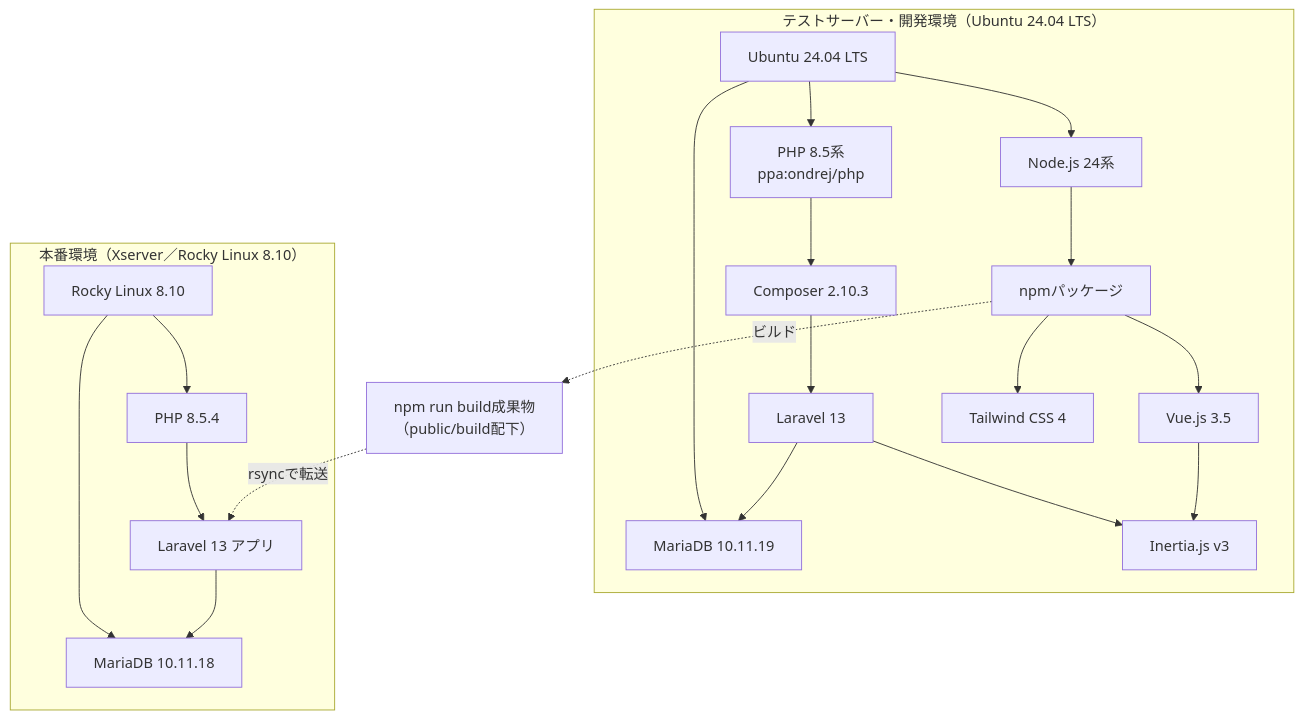
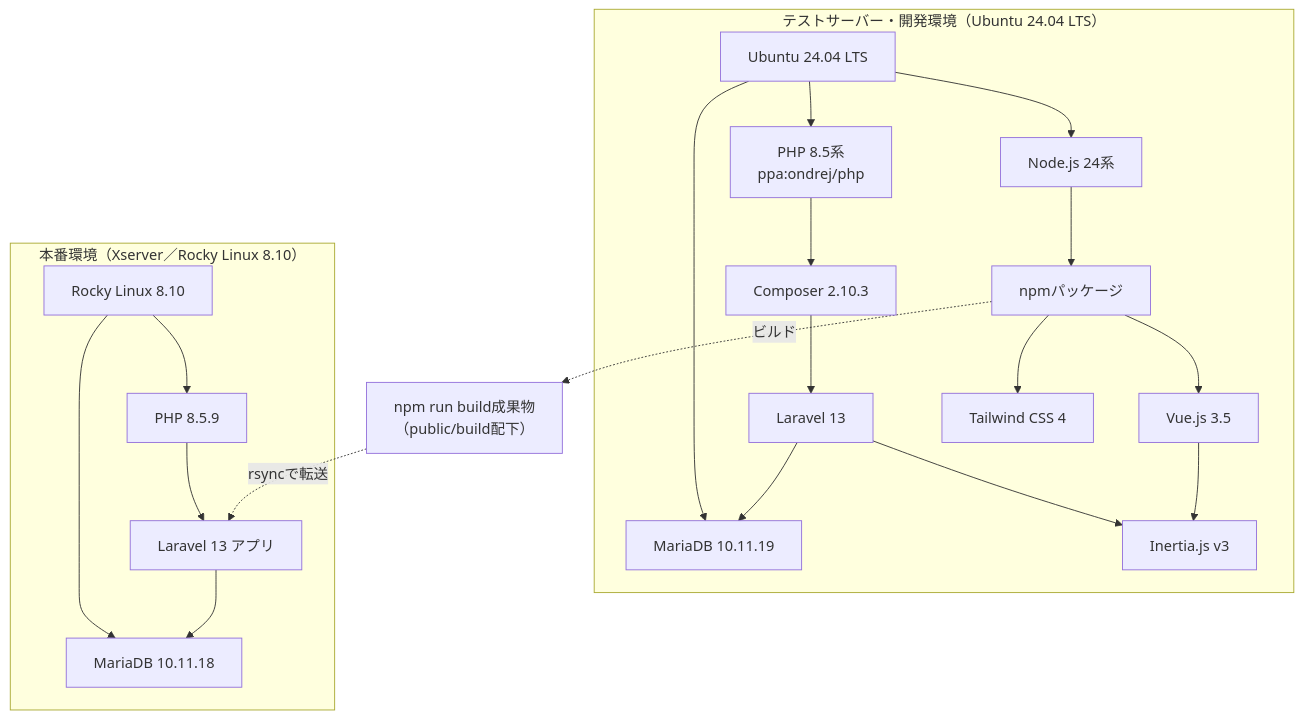
The diagram in docs/技術仕様書.md (pluslub/helpstation), drawn with Mermaid before and after one commit. The commit also changed other lines of this file and 2 other files, not shown here.

````diff
--- a/docs/技術仕様書.md
+++ b/docs/技術仕様書.md
@@ -23,27 +23,27 @@
 ```mermaid
 flowchart TB
     subgraph Dev["テストサーバー・開発環境（Ubuntu 24.04 LTS）"]
         OS1[Ubuntu 24.04 LTS] --> PHP1[PHP 8.5系<br>ppa:ondrej/php]
         OS1 --> Node1[Node.js 24系]
         OS1 --> DB1[MariaDB 10.11.19]
         PHP1 --> Composer[Composer 2.10.3]
         Composer --> Laravel1[Laravel 13]
         Node1 --> Npm[npmパッケージ]
         Npm --> Vue[Vue.js 3.5]
         Npm --> Tailwind[Tailwind CSS 4]
         Laravel1 --> Inertia[Inertia.js v3]
         Vue --> Inertia
         Laravel1 --> DB1
     end
 
     subgraph Prod["本番環境（Xserver／Rocky Linux 8.10）"]
-        OS2[Rocky Linux 8.10] --> PHP2[PHP 8.5.4]
+        OS2[Rocky Linux 8.10] --> PHP2[PHP 8.5.9]
         OS2 --> DB2[MariaDB 10.11.18]
         PHP2 --> Laravel2[Laravel 13 アプリ]
         Laravel2 --> DB2
     end
 
     Build[npm run build成果物<br>（public/build配下）]
     Npm -.ビルド.-> Build
     Build -.rsyncで転送.-> Laravel2
 ```
````
